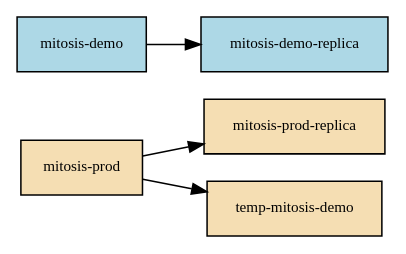
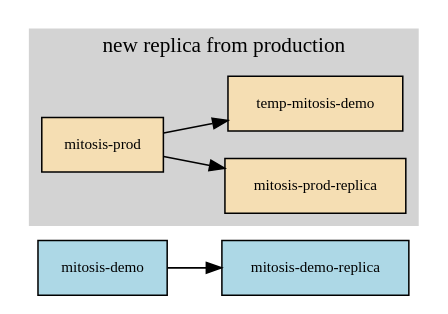
One commit to dgtized/stack-mitosis changed the second of 7 diagrams in doc/examples.org. Above: the diagram before and after it, drawn with Graphviz. The commit also changed other lines of this file and 4 other files, not shown here.

```diff
--- a/doc/examples.org
+++ b/doc/examples.org
@@ -16,13 +16,18 @@
    #+begin_src dot :file img/copying-1.png
    digraph copying {
        rankdir=LR; node [shape=box,fontsize=10]
-       "mitosis-prod" [style=filled,fillcolor=wheat]
-       "mitosis-prod-replica" [style=filled,fillcolor=wheat]
        "mitosis-demo" [style=filled,fillcolor=lightblue]
        "mitosis-demo-replica" [style=filled,fillcolor=lightblue]
-       "temp-mitosis-demo" [style=filled,fillcolor=wheat]
+       subgraph cluster {
+         style=filled
+         color=lightgrey
+         "mitosis-prod" [style=filled,fillcolor=wheat]
+         "mitosis-prod-replica" [style=filled,fillcolor=wheat]
+         "temp-mitosis-demo" [style=filled,fillcolor=wheat]
+         label="new replica from production"
+       }
        "mitosis-prod" -> "mitosis-prod-replica"
        "mitosis-prod" -> "temp-mitosis-demo"
        "mitosis-demo" -> "mitosis-demo-replica"
    }
    #+end_src
```
